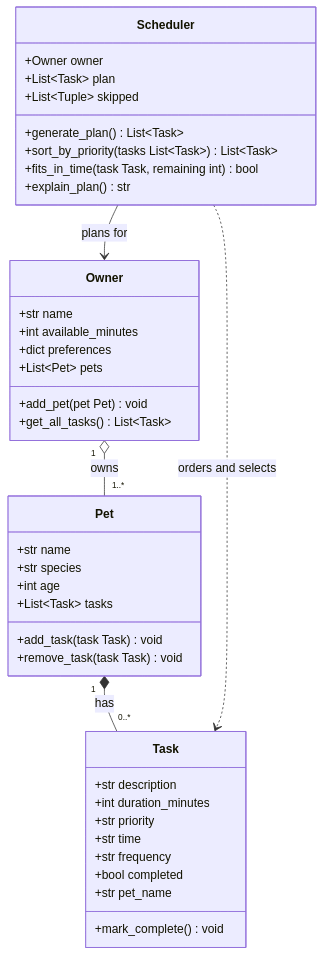
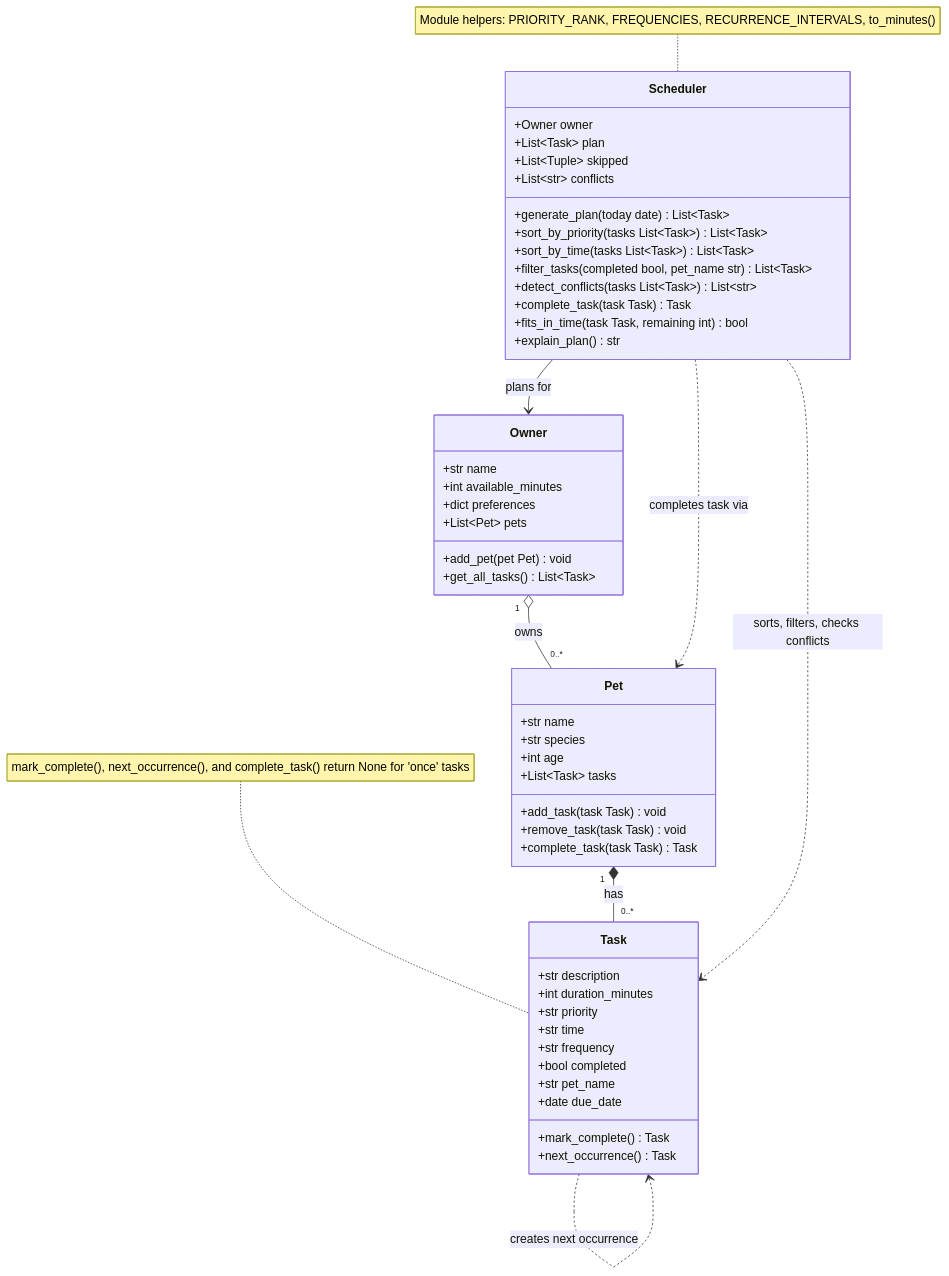
Before and after one commit to ThePurpleClub/ai110-module2show-pawpal-starter: the diagram in diagrams/uml.mmd, drawn with Mermaid. The commit also changed 3 other files, not shown here.

First line of the commit message:
Polish Streamlit UI, update UML, and complete README and reflection

```diff
--- a/diagrams/uml.mmd
+++ b/diagrams/uml.mmd
@@ -1,44 +1,57 @@
 classDiagram
     class Owner {
         +str name
         +int available_minutes
         +dict preferences
         +List~Pet~ pets
         +add_pet(pet Pet) void
         +get_all_tasks() List~Task~
     }
 
     class Pet {
         +str name
         +str species
         +int age
         +List~Task~ tasks
         +add_task(task Task) void
         +remove_task(task Task) void
+        +complete_task(task Task) Task
     }
 
     class Task {
         +str description
         +int duration_minutes
         +str priority
         +str time
         +str frequency
         +bool completed
         +str pet_name
-        +mark_complete() void
+        +date due_date
+        +mark_complete() Task
+        +next_occurrence() Task
     }
 
     class Scheduler {
         +Owner owner
         +List~Task~ plan
         +List~Tuple~ skipped
-        +generate_plan() List~Task~
+        +List~str~ conflicts
+        +generate_plan(today date) List~Task~
         +sort_by_priority(tasks List~Task~) List~Task~
+        +sort_by_time(tasks List~Task~) List~Task~
+        +filter_tasks(completed bool, pet_name str) List~Task~
+        +detect_conflicts(tasks List~Task~) List~str~
+        +complete_task(task Task) Task
         +fits_in_time(task Task, remaining int) bool
         +explain_plan() str
     }
 
-    Owner "1" o-- "1..*" Pet : owns
+    Owner "1" o-- "0..*" Pet : owns
     Pet "1" *-- "0..*" Task : has
+    Task ..> Task : creates next occurrence
     Scheduler --> Owner : plans for
-    Scheduler ..> Task : orders and selects
+    Scheduler ..> Pet : completes task via
+    Scheduler ..> Task : sorts, filters, checks conflicts
+
+    note for Task "mark_complete(), next_occurrence(), and complete_task() return None for 'once' tasks"
+    note for Scheduler "Module helpers: PRIORITY_RANK, FREQUENCIES, RECURRENCE_INTERVALS, to_minutes()"
```
